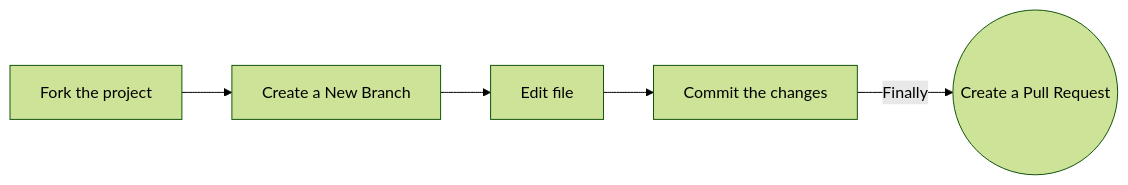
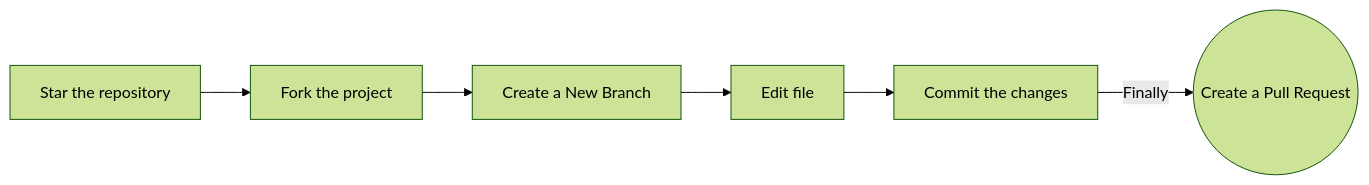
One commit to victorpreston/Python-Projects changed the diagram in README.md. Above: the diagram before and after it, drawn with Mermaid (forest theme).

````diff
--- a/README.md
+++ b/README.md
@@ -37,8 +37,9 @@
   ```mermaid
 flowchart LR
+    Star[Star the repository]-->Fork
     Fork[Fork the project]-->branch[Create a New Branch]
     branch-->Edit[Edit file]
     Edit-->commit[Commit the changes]
     commit -->|Finally|creatpr((Create a Pull Request))
     
  ```
````
